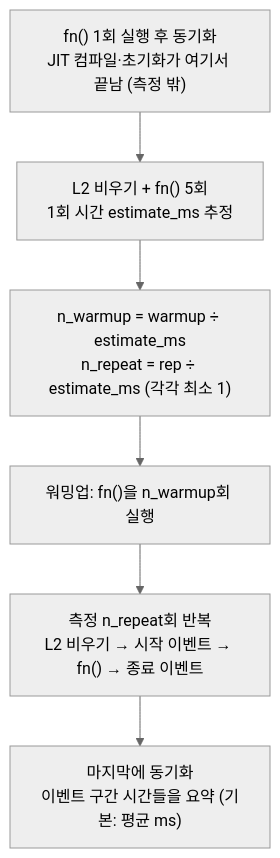
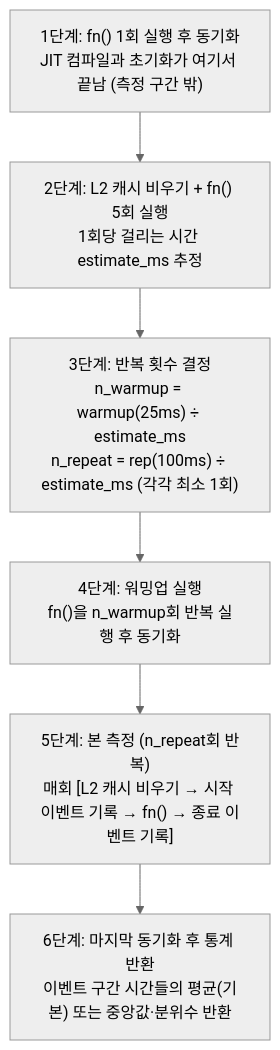
One commit to legato-user-group/tensor2silicon-lab changed the fourth of 5 diagrams in week06/yblee.md. Above: the diagram before and after it, drawn with Mermaid (neutral theme). The commit also changed other lines of this file, not shown here.

````diff
--- a/week06/yblee.md
+++ b/week06/yblee.md
@@ -796,8 +1193,8 @@
 ```mermaid
 flowchart TB
-    S0["fn() 1회 실행 후 동기화<br/>JIT 컴파일·초기화가 여기서 끝남 (측정 밖)"] --> S1["L2 비우기 + fn() 5회<br/>1회 시간 estimate_ms 추정"]
-    S1 --> S2["n_warmup = warmup ÷ estimate_ms<br/>n_repeat = rep ÷ estimate_ms (각각 최소 1)"]
-    S2 --> S3["워밍업: fn()을 n_warmup회 실행"]
-    S3 --> S4["측정 n_repeat회 반복<br/>L2 비우기 → 시작 이벤트 → fn() → 종료 이벤트"]
-    S4 --> S5["마지막에 동기화<br/>이벤트 구간 시간들을 요약 (기본: 평균 ms)"]
+    S0["1단계: fn() 1회 실행 후 동기화<br/>JIT 컴파일과 초기화가 여기서 끝남 (측정 구간 밖)"] --> S1["2단계: L2 캐시 비우기 + fn() 5회 실행<br/>1회당 걸리는 시간 estimate_ms 추정"]
+    S1 --> S2["3단계: 반복 횟수 결정<br/>n_warmup = warmup(25ms) ÷ estimate_ms<br/>n_repeat = rep(100ms) ÷ estimate_ms (각각 최소 1회)"]
+    S2 --> S3["4단계: 워밍업 실행<br/>fn()을 n_warmup회 반복 실행 후 동기화"]
+    S3 --> S4["5단계: 본 측정 (n_repeat회 반복)<br/>매회 [L2 캐시 비우기 → 시작 이벤트 기록 → fn() → 종료 이벤트 기록]"]
+    S4 --> S5["6단계: 마지막 동기화 후 통계 반환<br/>이벤트 구간 시간들의 평균(기본) 또는 중앙값·분위수 반환"]
 ```
````
